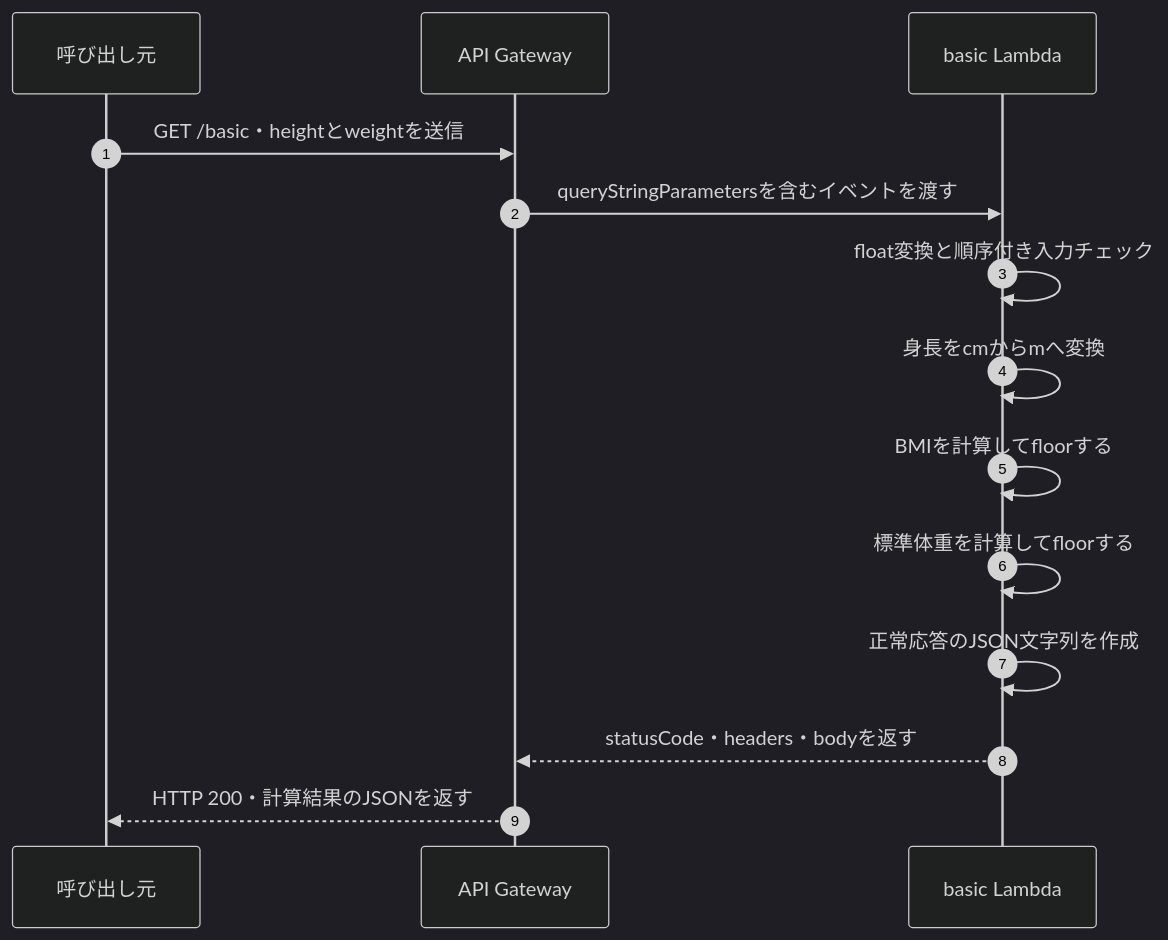
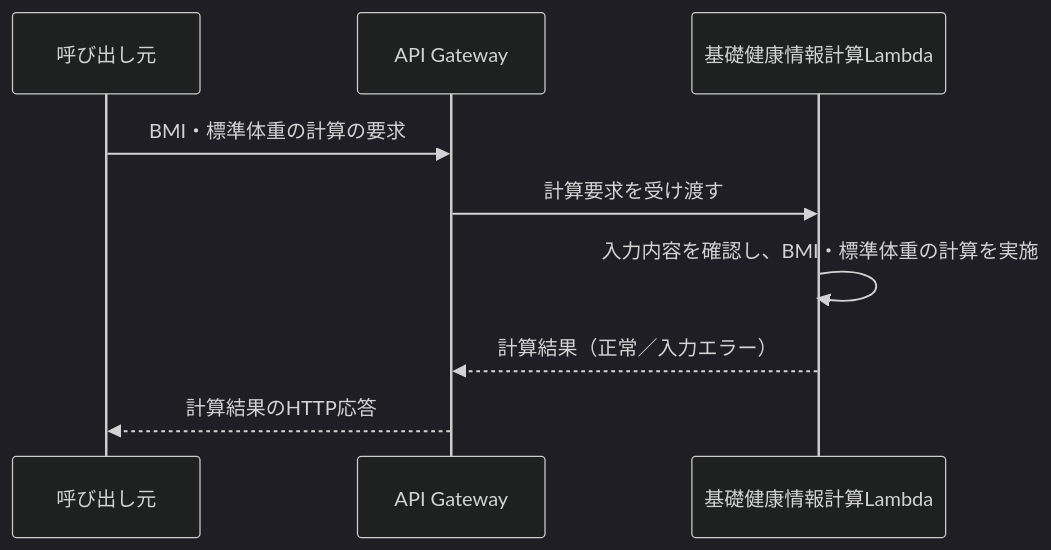
One commit to kohei-okazaki/work-3g changed the first of 2 diagrams in ha-docs/design/04_calcapi/設計書_4.2.基礎健康情報計算API.md. Above: the diagram before and after it, drawn with Mermaid (dark theme). The commit also changed other lines of this file and 67 other files, not shown here.

````diff
--- a/ha-docs/design/04_calcapi/設計書_4.2.基礎健康情報計算API.md
+++ b/ha-docs/design/04_calcapi/設計書_4.2.基礎健康情報計算API.md
@@ -109,16 +11,11 @@
 ```mermaid
 sequenceDiagram
-    autonumber
     participant C as 呼び出し元
     participant G as API Gateway
-    participant L as basic Lambda
-    C->>G: GET /basic・heightとweightを送信
-    G->>L: queryStringParametersを含むイベントを渡す
-    L->>L: float変換と順序付き入力チェック
-    L->>L: 身長をcmからmへ変換
-    L->>L: BMIを計算してfloorする
-    L->>L: 標準体重を計算してfloorする
-    L->>L: 正常応答のJSON文字列を作成
-    L-->>G: statusCode・headers・bodyを返す
-    G-->>C: HTTP 200・計算結果のJSONを返す
+    participant L as 基礎健康情報計算Lambda
+    C->>G: BMI・標準体重の計算の要求
+    G->>L: 計算要求を受け渡す
+    L->>L: 入力内容を確認し、BMI・標準体重の計算を実施
+    L-->>G: 計算結果（正常／入力エラー）
+    G-->>C: 計算結果のHTTP応答
 ```
````
